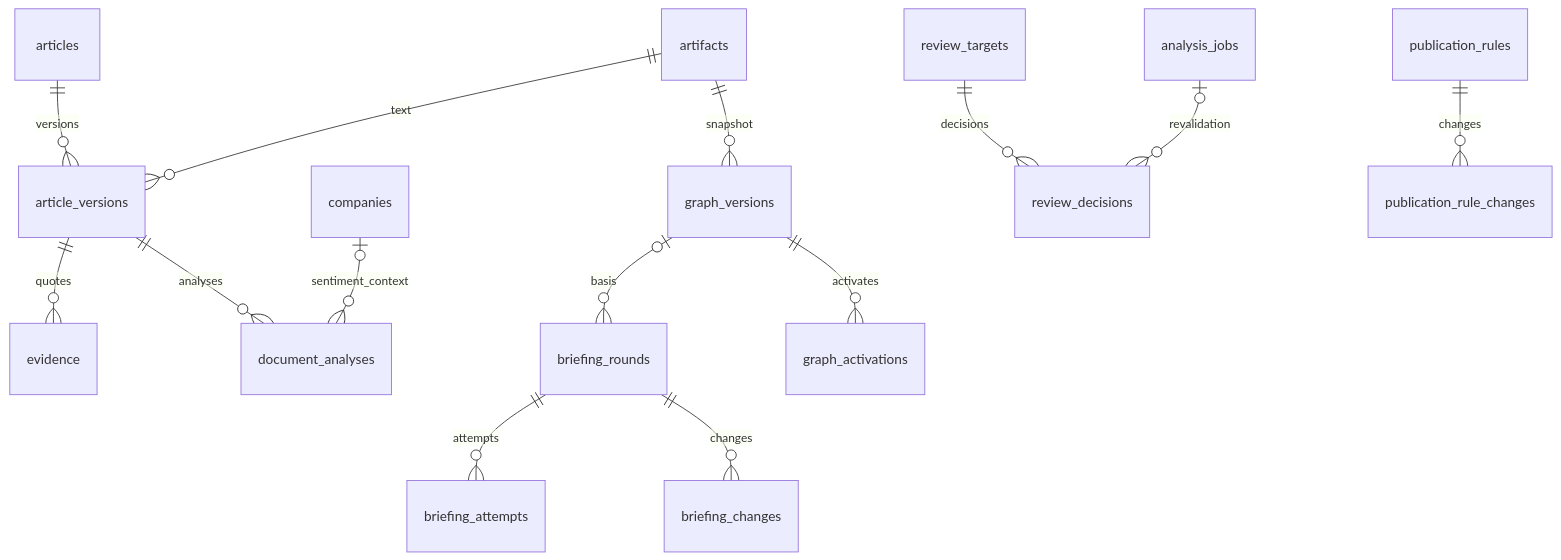
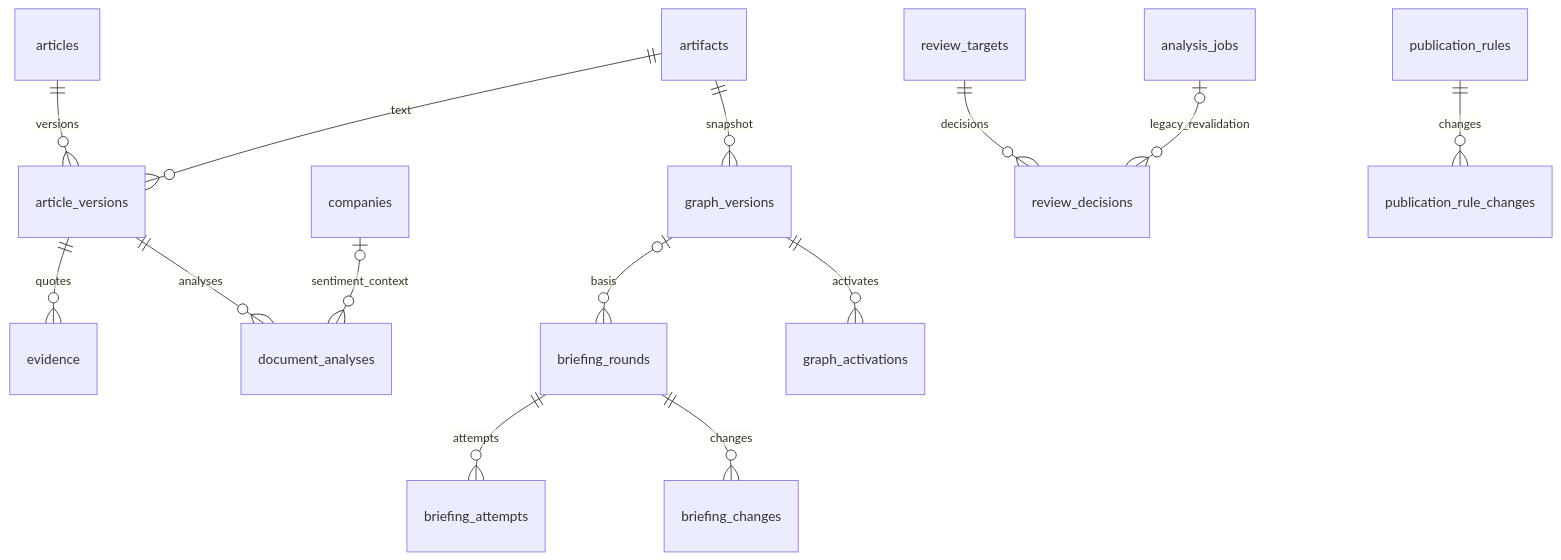
Before and after one commit to Donbug/zoop: the second of 2 diagrams in docs/erd/zoop-core-erd-v6.md, drawn with Mermaid. The commit also changed other lines of this file and 175 other files, not shown here.

Commit message:
feat(ai): connect live analysis and final approval to graph storage

````diff
--- a/docs/erd/zoop-core-erd-v6.md
+++ b/docs/erd/zoop-core-erd-v6.md
@@ -626,16 +626,16 @@
 ```mermaid
 erDiagram
     articles ||--o{ article_versions : versions
     artifacts ||--o{ article_versions : text
     article_versions ||--o{ evidence : quotes
     article_versions ||--o{ document_analyses : analyses
     companies o|--o{ document_analyses : sentiment_context
     artifacts ||--o{ graph_versions : snapshot
     graph_versions o|--o{ briefing_rounds : basis
     briefing_rounds ||--o{ briefing_attempts : attempts
     briefing_rounds ||--o{ briefing_changes : changes
     graph_versions ||--o{ graph_activations : activates
     review_targets ||--o{ review_decisions : decisions
-    analysis_jobs o|--o{ review_decisions : revalidation
+    analysis_jobs o|--o{ review_decisions : legacy_revalidation
     publication_rules ||--o{ publication_rule_changes : changes
 ```
````
